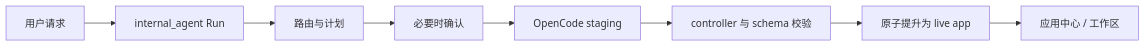
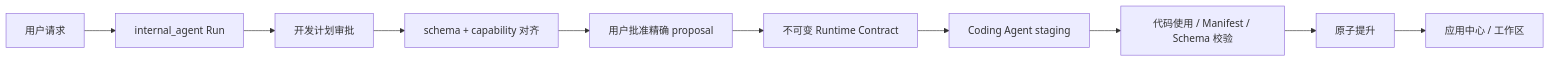
Before and after one commit to BillShiyaoZhang/ambient-agent: the diagram in docs/architecture/apps.md, drawn with Mermaid. The commit also changed other lines of this file and 97 other files, not shown here.

````diff
--- a/docs/architecture/apps.md
+++ b/docs/architecture/apps.md
@@ -72,10 +57,12 @@
 ```mermaid
 flowchart LR
     Request[用户请求] --> Run[internal_agent Run]
-    Run --> Plan[路由与计划]
-    Plan --> Confirm[必要时确认]
-    Confirm --> Stage[OpenCode staging]
-    Stage --> Verify[controller 与 schema 校验]
-    Verify --> Promote[原子提升为 live app]
+    Run --> Plan[开发计划审批]
+    Plan --> Align[schema + capability 对齐]
+    Align --> Approval[用户批准精确 proposal]
+    Approval --> Contract[不可变 Runtime Contract]
+    Contract --> Stage[Coding Agent staging]
+    Stage --> Verify[代码使用 / Manifest / Schema 校验]
+    Verify --> Promote[原子提升]
     Promote --> Store[应用中心 / 工作区]
 ```
````
